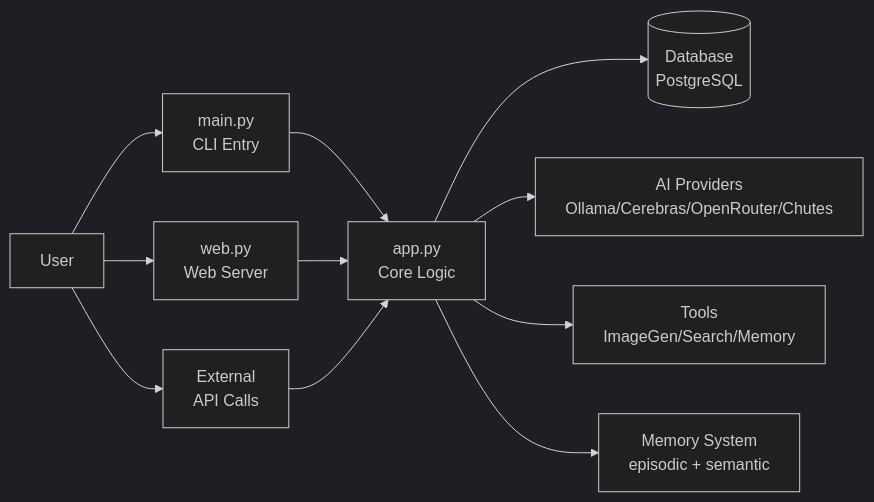
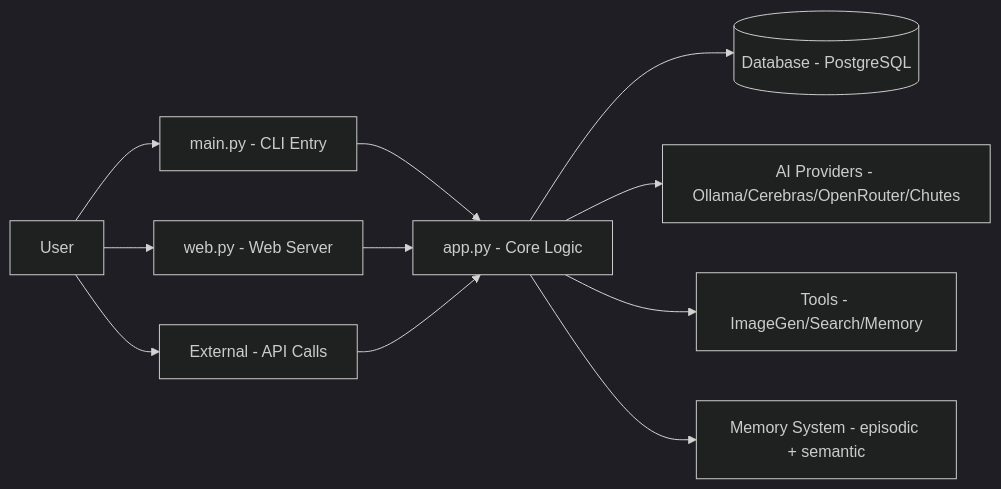
One commit to icedeyes12/yuzu-companion changed the first of 9 diagrams in app/README.md. Above: the diagram before and after it, drawn with Mermaid (dark theme). The commit also changed other lines of this file and 1 other file, not shown here.

First line of the commit message:
docs: fix all mermaid diagrams and remove unused dependency

````diff
--- a/app/README.md
+++ b/app/README.md
@@ -41,15 +41,15 @@
 ```mermaid
 graph LR
-    A[User] --> B[main.py<br/>CLI Entry]
-    A --> C[web.py<br/>Web Server]
-    A --> D[External<br/>API Calls]
+    A[User] --> B[main.py - CLI Entry]
+    A --> C[web.py - Web Server]
+    A --> D[External - API Calls]
 
-    B --> E[app.py<br/>Core Logic]
+    B --> E[app.py - Core Logic]
     C --> E
     D --> E
 
-    E --> F[(Database<br/>PostgreSQL)]
-    E --> G[AI Providers<br/>Ollama/Cerebras/OpenRouter/Chutes]
-    E --> H[Tools<br/>ImageGen/Search/Memory]
-    E --> I[Memory System<br/>episodic + semantic]
+    E --> F[(Database - PostgreSQL)]
+    E --> G[AI Providers - Ollama/Cerebras/OpenRouter/Chutes]
+    E --> H[Tools - ImageGen/Search/Memory]
+    E --> I[Memory System - episodic + semantic]
 ```
````
